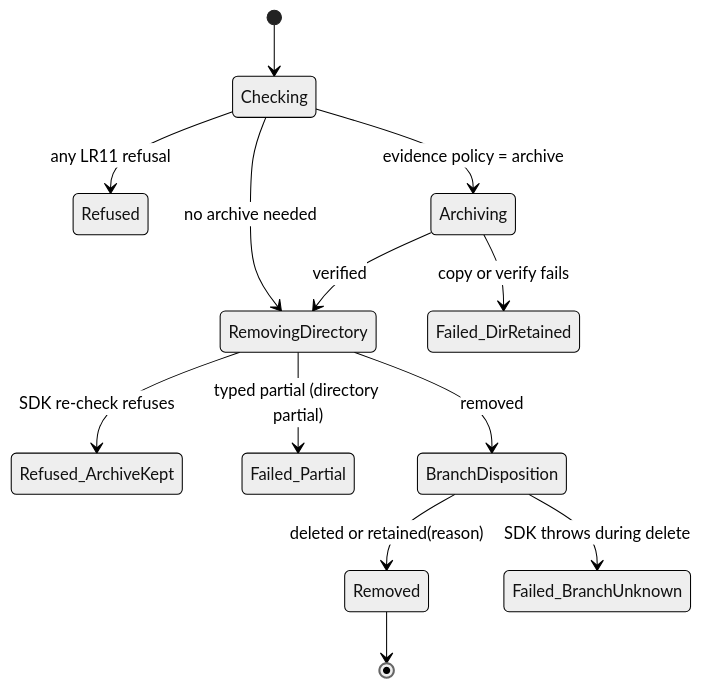
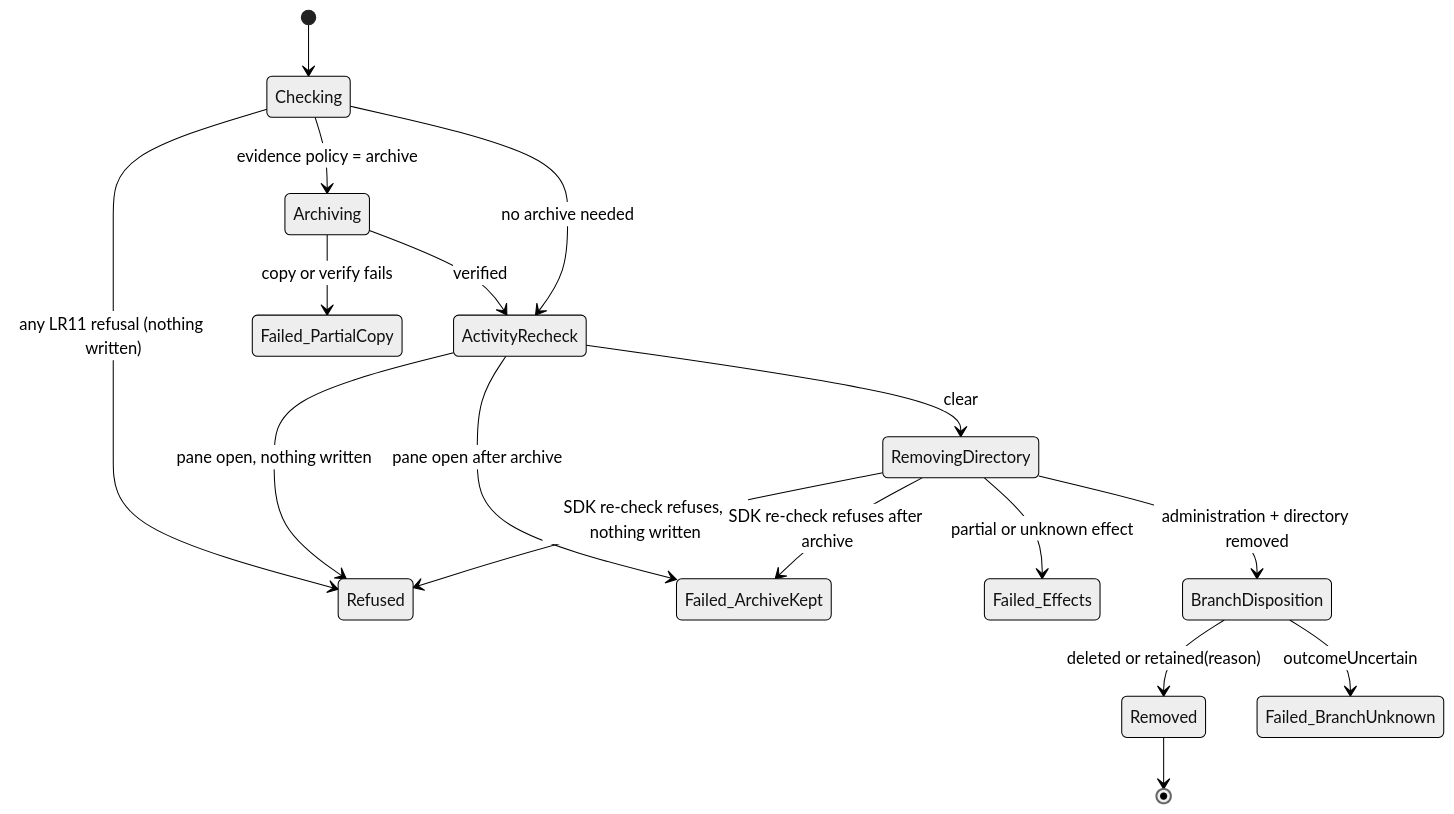
Before and after one commit to getagentstudio/agentstudio: the sixth of 8 diagrams in docs/specs/2026-09-30-worktree-lifecycle/2026-09-30-worktree-lifecycle-program-design.md, drawn with Mermaid (neutral theme). The commit also changed other lines of this file and 2 other files, not shown here.

Commit message:
Correct the worktree lifecycle design after review round 1

````diff
--- a/docs/specs/2026-09-30-worktree-lifecycle/2026-09-30-worktree-lifecycle-program-design.md
+++ b/docs/specs/2026-09-30-worktree-lifecycle/2026-09-30-worktree-lifecycle-program-design.md
@@ -246,15 +351,19 @@
 ```mermaid
 stateDiagram-v2
   [*] --> Checking
-  Checking --> Refused: any LR11 refusal
+  Checking --> Refused: any LR11 refusal (nothing written)
   Checking --> Archiving: evidence policy = archive
-  Checking --> RemovingDirectory: no archive needed
-  Archiving --> Failed_DirRetained: copy or verify fails
-  Archiving --> RemovingDirectory: verified
-  RemovingDirectory --> Refused_ArchiveKept: SDK re-check refuses
-  RemovingDirectory --> Failed_Partial: typed partial (directory partial)
-  RemovingDirectory --> BranchDisposition: removed
+  Checking --> ActivityRecheck: no archive needed
+  Archiving --> Failed_PartialCopy: copy or verify fails
+  Archiving --> ActivityRecheck: verified
+  ActivityRecheck --> Refused: pane open, nothing written
+  ActivityRecheck --> Failed_ArchiveKept: pane open after archive
+  ActivityRecheck --> RemovingDirectory: clear
+  RemovingDirectory --> Refused: SDK re-check refuses, nothing written
+  RemovingDirectory --> Failed_ArchiveKept: SDK re-check refuses after archive
+  RemovingDirectory --> Failed_Effects: partial or unknown effect
+  RemovingDirectory --> BranchDisposition: administration + directory removed
   BranchDisposition --> Removed: deleted or retained(reason)
-  BranchDisposition --> Failed_BranchUnknown: SDK throws during delete
+  BranchDisposition --> Failed_BranchUnknown: outcomeUncertain
   Removed --> [*]
 ```
````
